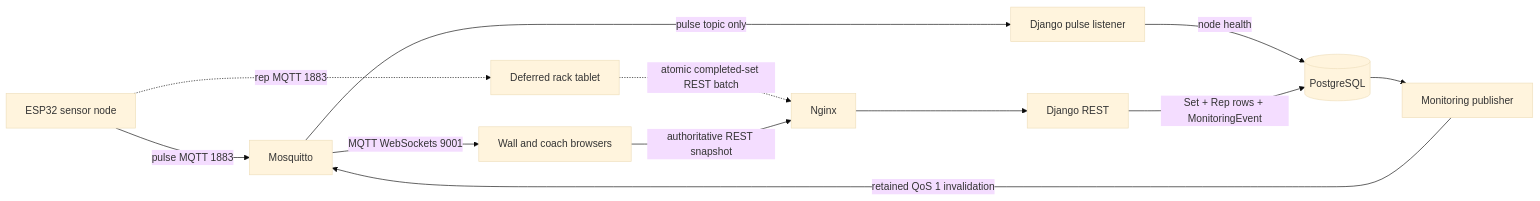
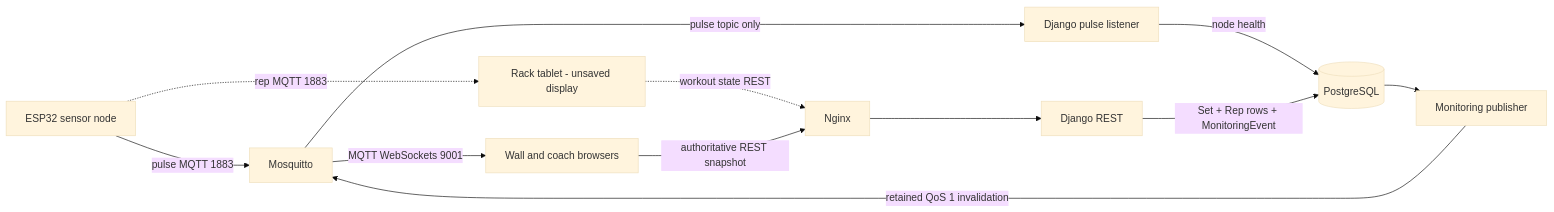
One commit to carbolizer/Edge-Athlete changed the diagram in RUNBOOK.md. Above: the diagram before and after it, drawn with Mermaid (base theme). The commit also changed other lines of this file and 24 other files, not shown here.

Commit message:
build sponsor rack workout slice

````diff
--- a/RUNBOOK.md
+++ b/RUNBOOK.md
@@ -180,16 +185,16 @@
 ```mermaid
 flowchart LR
     Node[ESP32 sensor node] -->|pulse MQTT 1883| MQTT[Mosquitto]
     MQTT -->|pulse topic only| Listener[Django pulse listener]
     Listener -->|node health| PG[(PostgreSQL)]
 
-    Node -.->|rep MQTT 1883| Rack[Deferred rack tablet]
-    Rack -.->|atomic completed-set REST batch| Nginx[Nginx]
+    Node -.->|rep MQTT 1883| Rack[Rack tablet - unsaved display]
+    Rack -.->|workout state REST| Nginx[Nginx]
     Nginx --> Django[Django REST]
     Django -->|Set + Rep rows + MonitoringEvent| PG
 
     PG --> Publisher[Monitoring publisher]
     Publisher -->|retained QoS 1 invalidation| MQTT
     MQTT -->|MQTT WebSockets 9001| Browsers[Wall and coach browsers]
     Browsers -->|authoritative REST snapshot| Nginx
 ```
````
